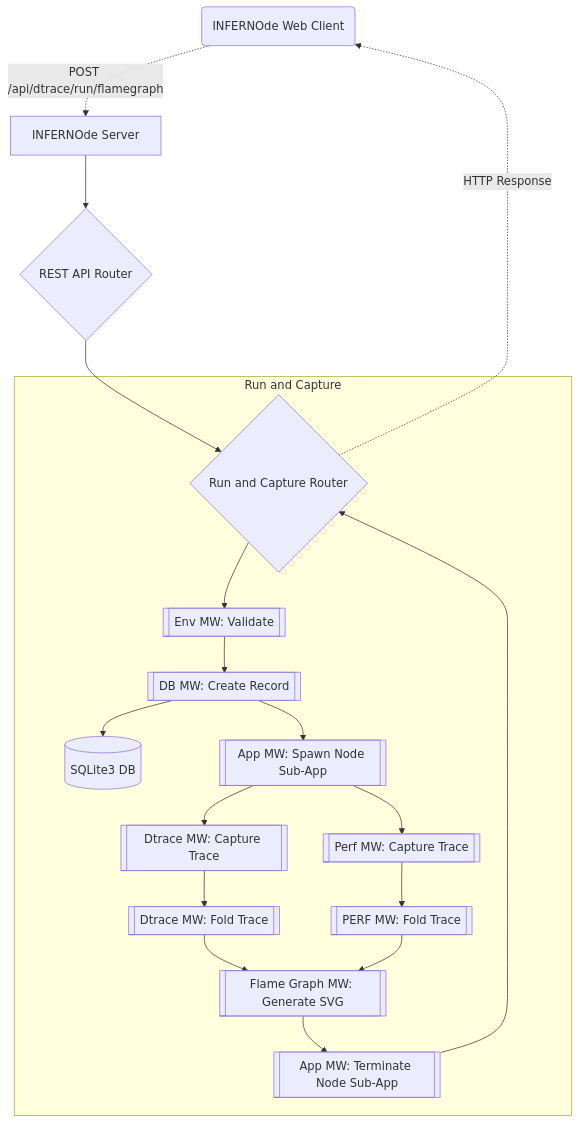
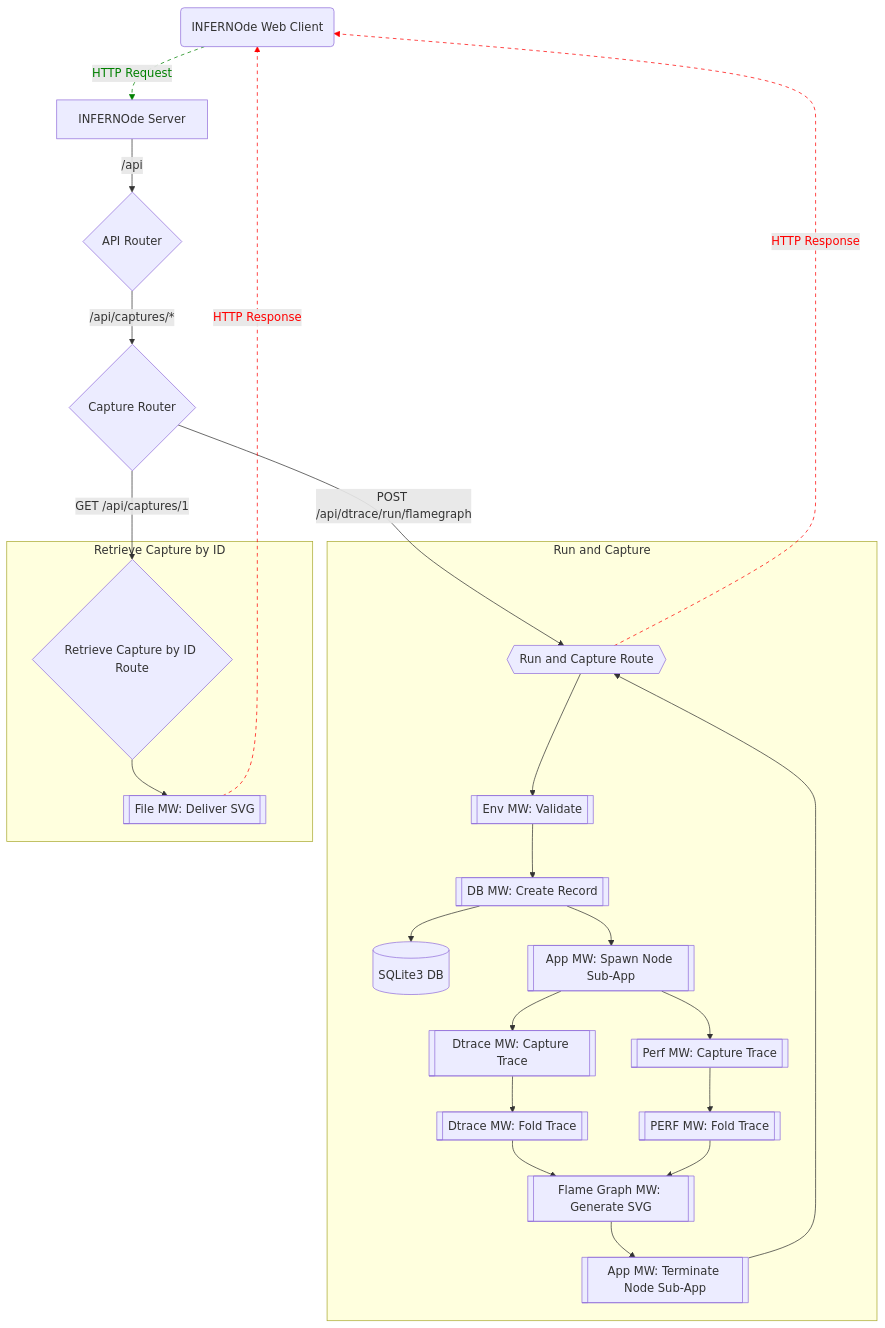
Before and after one commit to oslabs-beta/infernode: the first of 2 diagrams in README.md, drawn with Mermaid.

Commit message:
Add get capture by ID to diagram

````diff
--- a/README.md
+++ b/README.md
@@ -48,21 +48,30 @@
 ```mermaid
 graph TD;
-    C("INFERNOde Web Client") -.-> |"POST /api/dtrace/run/flamegraph"| S["INFERNOde Server"];
-    S --> RA{"REST API Router"};
-    RA --> RRC{"Run and Capture Router"};
+    C("INFERNOde Web Client") -.-> |"HTTP Request"| S["INFERNOde Server"];
+    S --> |"/api"| RA{"API Router"};
+    RA --> |"/api/captures/*"| RC{"Capture Router"};
+    RC --> |"POST /api/dtrace/run/flamegraph"| RRC{{"Run and Capture Route"}};
     subgraph "Run and Capture";
     RRC --> ME[["Env MW: Validate"]];
     ME --> MDB[["DB MW: Create Record"]];
     MDB --> SQL[("SQLite3 DB")];
     MDB --> MA1[["App MW: Spawn Node Sub-App"]];
     MA1 --> MDT1[["Dtrace MW: Capture Trace"]];
     MA1 --> MPT1[["Perf MW: Capture Trace"]];
     MDT1 --> MDT2[["Dtrace MW: Fold Trace"]];
     MPT1 --> MPT2[["PERF MW: Fold Trace"]];
     MDT2 --> MFG[["Flame Graph MW: Generate SVG"]];
     MPT2 --> MFG;
     MFG --> MA2[["App MW: Terminate Node Sub-App"]];
     MA2 --> RRC;
-    end
+    end;
     RRC -.-> |"HTTP Response"| C;
+    linkStyle 0 stroke:green,color:green,stroke-dasharray: 5 5;
+    linkStyle 16 stroke:red,color:red,stroke-dasharray: 5 5;
+    RC --> |"GET /api/captures/1"| RCG1{"Retrieve Capture by ID Route"};
+    subgraph "Retrieve Capture by ID ";
+    RCG1 --> MFD[["File MW: Deliver SVG"]];
+    end;
+    MFD -.-> |"HTTP Response"| C;
+    linkStyle 19 stroke:red,color:red,stroke-dasharray: 5 5;
 ```
````
